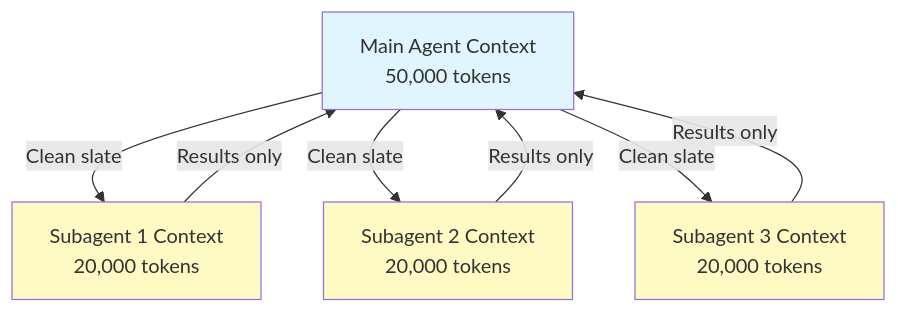
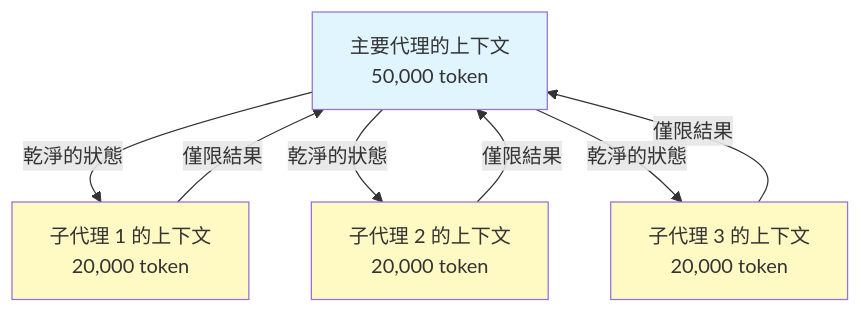
Before and after one commit to huckly/claude-howto-zh-tw: the sixth of 7 diagrams in 04-subagents/README.md, drawn with Mermaid. The commit also changed other lines of this file and 9 other files, not shown here.

````diff
--- a/04-subagents/README.md
+++ b/04-subagents/README.md
@@ -790,20 +765,20 @@
 ```mermaid
 graph TB
-    A["Main Agent Context<br/>50,000 tokens"]
-    B["Subagent 1 Context<br/>20,000 tokens"]
-    C["Subagent 2 Context<br/>20,000 tokens"]
-    D["Subagent 3 Context<br/>20,000 tokens"]
+    A["主要代理的上下文<br/>50,000 token"]
+    B["子代理 1 的上下文<br/>20,000 token"]
+    C["子代理 2 的上下文<br/>20,000 token"]
+    D["子代理 3 的上下文<br/>20,000 token"]
 
-    A -->|Clean slate| B
-    A -->|Clean slate| C
-    A -->|Clean slate| D
+    A -->|乾淨的狀態| B
+    A -->|乾淨的狀態| C
+    A -->|乾淨的狀態| D
 
-    B -->|Results only| A
-    C -->|Results only| A
-    D -->|Results only| A
+    B -->|僅限結果| A
+    C -->|僅限結果| A
+    D -->|僅限結果| A
 
     style A fill:#e1f5fe
     style B fill:#fff9c4
     style C fill:#fff9c4
     style D fill:#fff9c4
 ```
````
